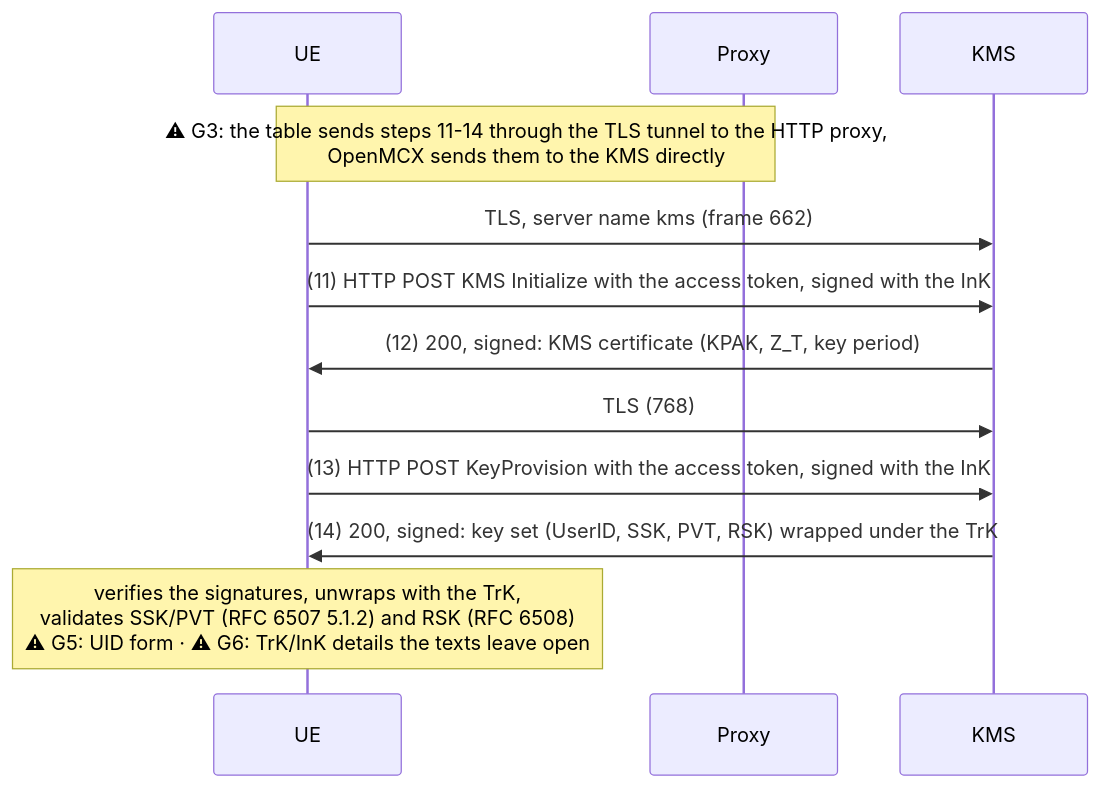
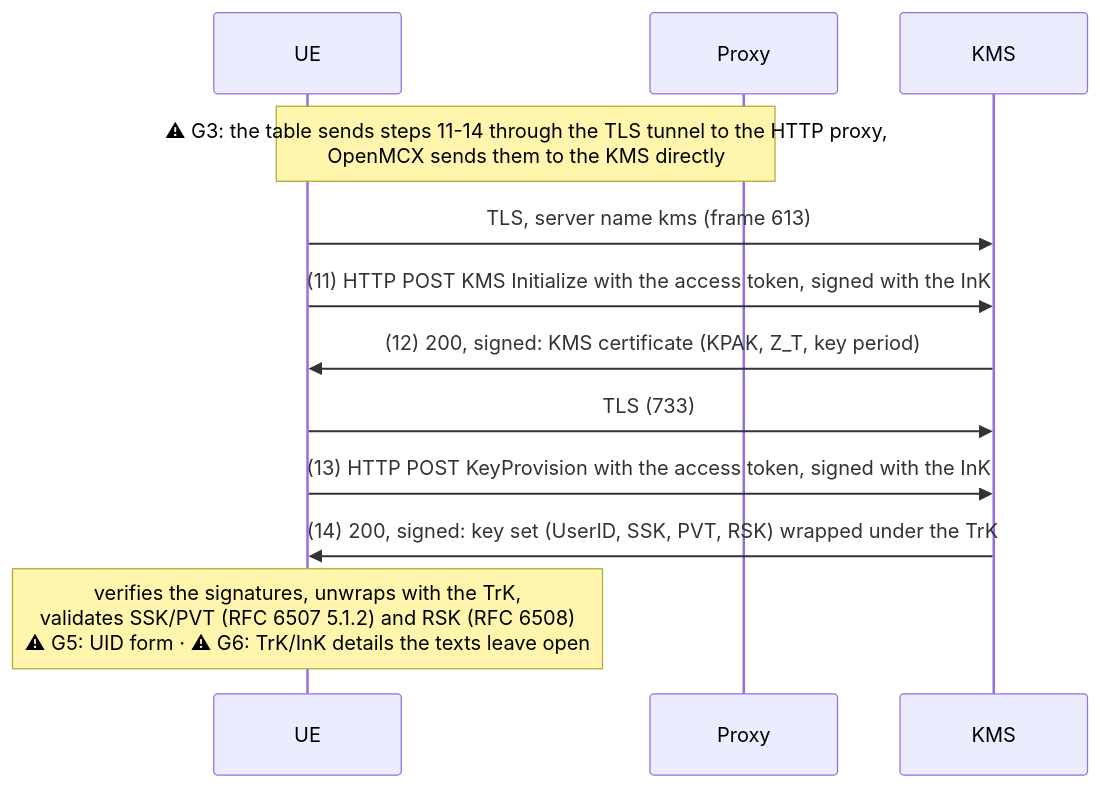
One commit to openMCX/openmcx-server changed the fourth of 9 diagrams in tutorials/end-to-end/10-openmcx-ue-conformance-check/CALL_FLOW.md. Above: the diagram before and after it, drawn with Mermaid. The commit also changed other lines of this file and 6 other files, not shown here.

````diff
--- a/tutorials/end-to-end/10-openmcx-ue-conformance-check/CALL_FLOW.md
+++ b/tutorials/end-to-end/10-openmcx-ue-conformance-check/CALL_FLOW.md
@@ -147,14 +147,14 @@
 ```mermaid
 sequenceDiagram
     participant UE
     participant PX as Proxy
     participant KMS
     Note over UE,PX: ⚠ G3: the table sends steps 11-14 through the TLS tunnel to the HTTP proxy,<br/>OpenMCX sends them to the KMS directly
-    UE->>KMS: TLS, server name kms (frame 662)
+    UE->>KMS: TLS, server name kms (frame 613)
     UE->>KMS: (11) HTTP POST KMS Initialize with the access token, signed with the InK
     KMS->>UE: (12) 200, signed: KMS certificate (KPAK, Z_T, key period)
-    UE->>KMS: TLS (768)
+    UE->>KMS: TLS (733)
     UE->>KMS: (13) HTTP POST KeyProvision with the access token, signed with the InK
     KMS->>UE: (14) 200, signed: key set (UserID, SSK, PVT, RSK) wrapped under the TrK
     Note over UE: verifies the signatures, unwraps with the TrK,<br/>validates SSK/PVT (RFC 6507 5.1.2) and RSK (RFC 6508)<br/>⚠ G5: UID form · ⚠ G6: TrK/InK details the texts leave open
 ```
````
